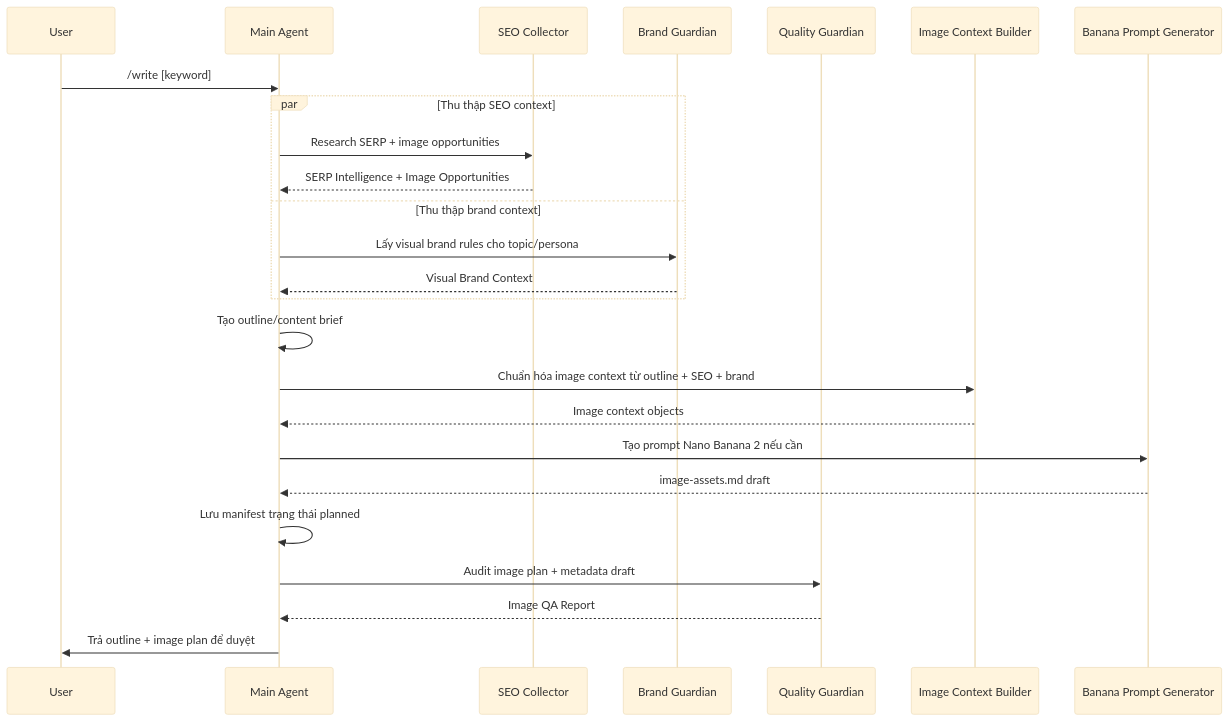
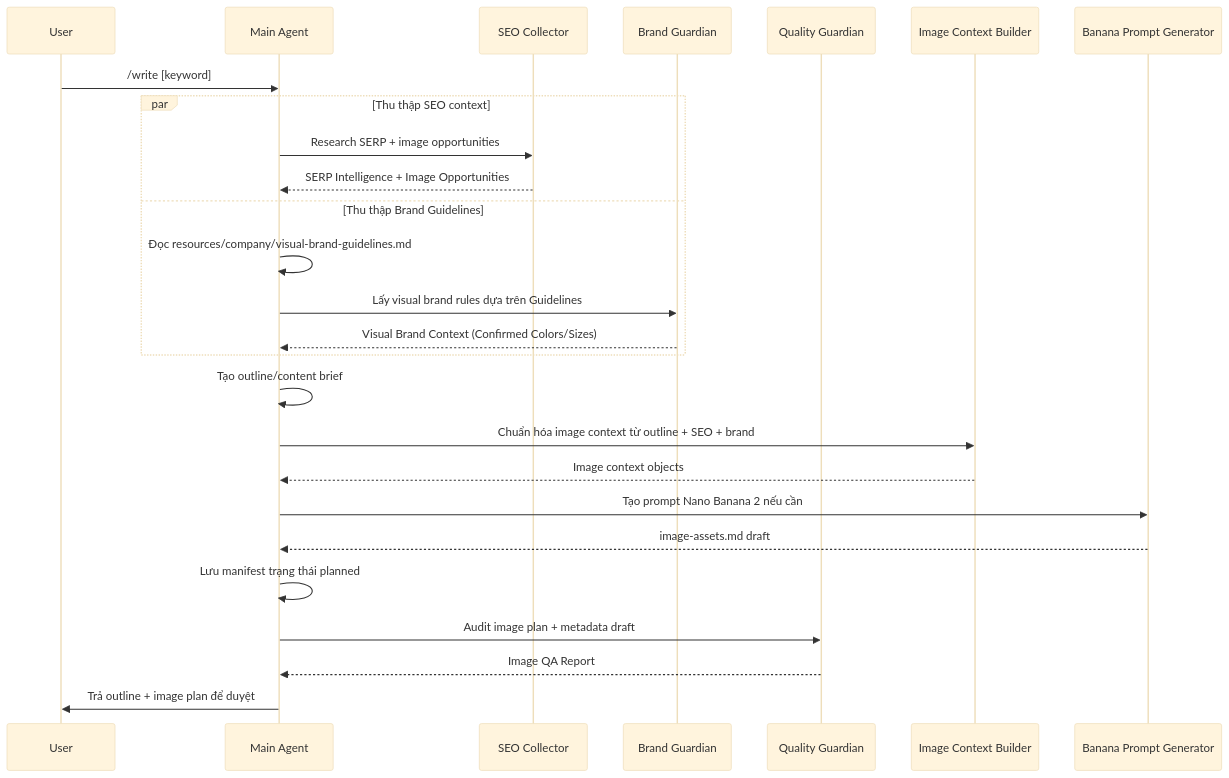
One commit to vilo0411/hvs-company-info changed the second of 7 diagrams in plan/image-assets-agent-plan.md. Above: the diagram before and after it, drawn with Mermaid (base theme). The commit also changed other lines of this file and 55 other files, not shown here.

````diff
--- a/plan/image-assets-agent-plan.md
+++ b/plan/image-assets-agent-plan.md
@@ -158,29 +158,30 @@
 ```mermaid
 sequenceDiagram
     participant User
     participant Main as Main Agent
     participant SEO as SEO Collector
     participant Brand as Brand Guardian
     participant QC as Quality Guardian
     participant ImgCtx as Image Context Builder
     participant Prompt as Banana Prompt Generator
 
     User->>Main: /write [keyword]
     par Thu thập SEO context
         Main->>SEO: Research SERP + image opportunities
         SEO-->>Main: SERP Intelligence + Image Opportunities
-    and Thu thập brand context
-        Main->>Brand: Lấy visual brand rules cho topic/persona
-        Brand-->>Main: Visual Brand Context
+    and Thu thập Brand Guidelines
+        Main->>Main: Đọc resources/company/visual-brand-guidelines.md
+        Main->>Brand: Lấy visual brand rules dựa trên Guidelines
+        Brand-->>Main: Visual Brand Context (Confirmed Colors/Sizes)
     end
 
     Main->>Main: Tạo outline/content brief
     Main->>ImgCtx: Chuẩn hóa image context từ outline + SEO + brand
     ImgCtx-->>Main: Image context objects
     Main->>Prompt: Tạo prompt Nano Banana 2 nếu cần
     Prompt-->>Main: image-assets.md draft
     Main->>Main: Lưu manifest trạng thái planned
     Main->>QC: Audit image plan + metadata draft
     QC-->>Main: Image QA Report
     Main->>User: Trả outline + image plan để duyệt
 ```
````
